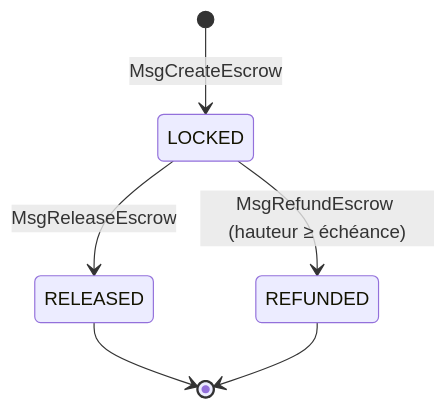
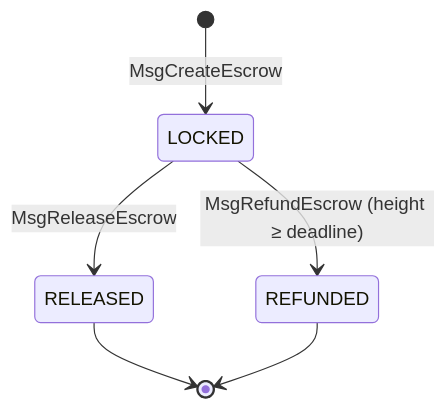
One commit to joeylukoji/Aurix changed the seventh of 10 diagrams in docs/architecture/diagrams.md. Above: the diagram before and after it, drawn with Mermaid. The commit also changed other lines of this file and 6 other files, not shown here.

````diff
--- a/docs/architecture/diagrams.md
+++ b/docs/architecture/diagrams.md
@@ -151,8 +151,8 @@
 ```mermaid
 stateDiagram-v2
     [*] --> LOCKED: MsgCreateEscrow
     LOCKED --> RELEASED: MsgReleaseEscrow
-    LOCKED --> REFUNDED: MsgRefundEscrow (hauteur ≥ échéance)
+    LOCKED --> REFUNDED: MsgRefundEscrow (height ≥ deadline)
     RELEASED --> [*]
     REFUNDED --> [*]
 ```
````
